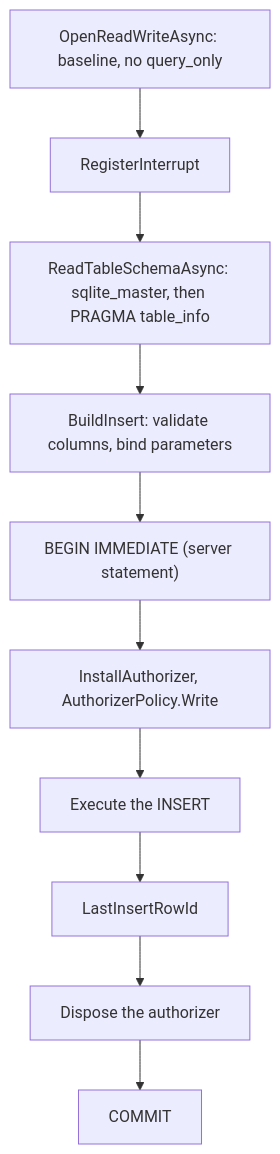
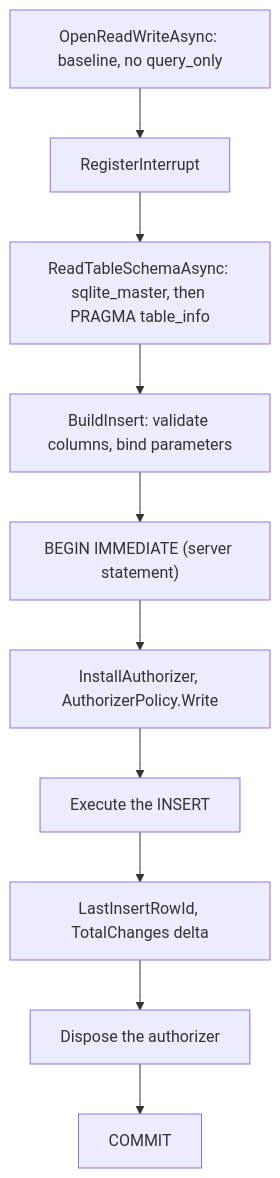
Before and after one commit to xakpc/sqlite-mcp-sidecar: the first of 2 diagrams in .lode/database/structured-writes.md, drawn with Mermaid. The commit also changed other lines of this file and 27 other files, not shown here.

````diff
--- a/.lode/database/structured-writes.md
+++ b/.lode/database/structured-writes.md
@@ -27,12 +95,12 @@
 ```mermaid
 flowchart TD
     open[OpenReadWriteAsync: baseline, no query_only] --> intr[RegisterInterrupt]
     intr --> val["ReadTableSchemaAsync: sqlite_master, then PRAGMA table_info"]
     val --> build[BuildInsert: validate columns, bind parameters]
     build --> begin["BEGIN IMMEDIATE (server statement)"]
     begin --> authz[InstallAuthorizer, AuthorizerPolicy.Write]
     authz --> exec[Execute the INSERT]
-    exec --> rid[LastInsertRowId]
+    exec --> rid[LastInsertRowId, TotalChanges delta]
     rid --> off[Dispose the authorizer]
     off --> commit[COMMIT]
 ```
````
